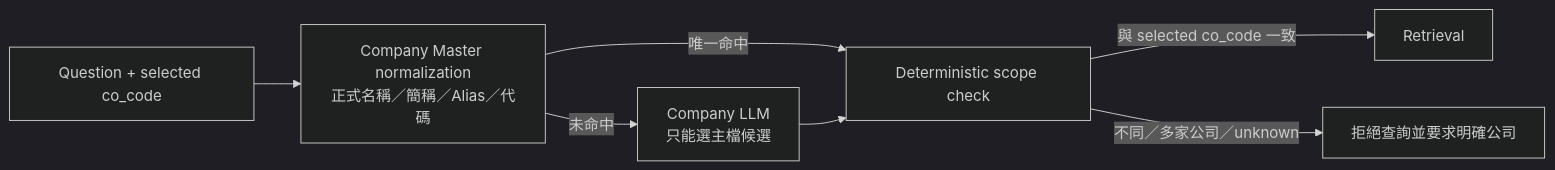
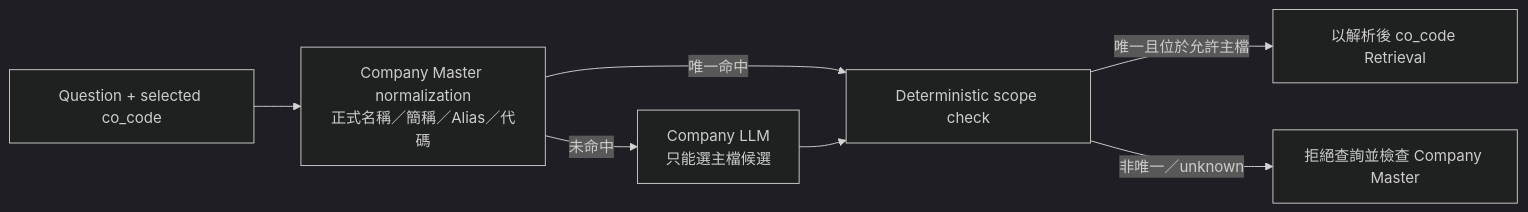
The third of 9 diagrams in ARCHITECTURE.md (BoBoJhong/fin_poc), drawn with Mermaid (dark theme) before and after one commit. The commit also changed other lines of this file and 12 other files, not shown here.

Commit message:
feat: Refactor company resolution logic and enhance test coverage for company code handling

````diff
--- a/ARCHITECTURE.md
+++ b/ARCHITECTURE.md
@@ -90,9 +90,9 @@
 ```mermaid
 flowchart LR
     Q["Question + selected co_code"] --> M["Company Master normalization<br/>正式名稱／簡稱／Alias／代碼"]
     M -->|唯一命中| S["Deterministic scope check"]
     M -->|未命中| L["Company LLM<br/>只能選主檔候選"]
     L --> S
-    S -->|與 selected co_code 一致| R["Retrieval"]
-    S -->|不同／多家公司／unknown| X["拒絕查詢並要求明確公司"]
+    S -->|唯一且位於允許主檔| R["以解析後 co_code Retrieval"]
+    S -->|非唯一／unknown| X["拒絕查詢並檢查 Company Master"]
 ```
````
